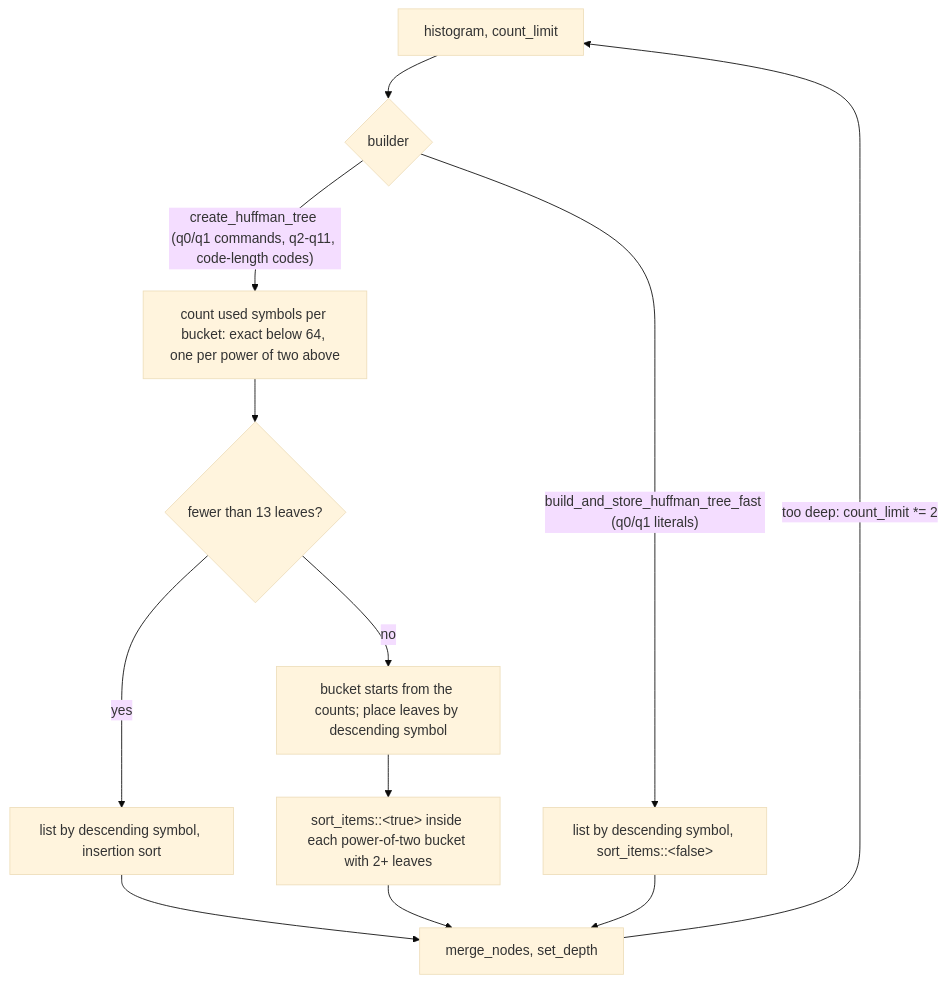
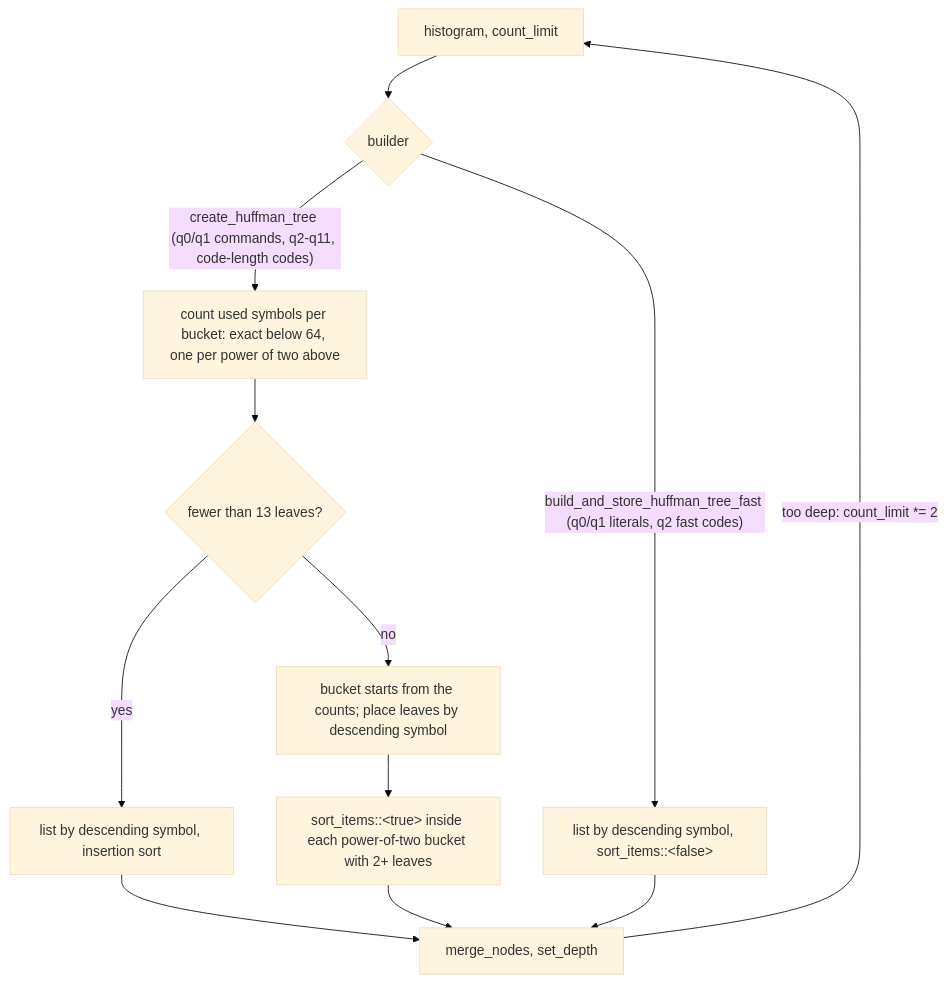
One commit to M-Compressors/mbrotli changed the tenth of 15 diagrams in architecture/fast-encoder.md. Above: the diagram before and after it, drawn with Mermaid (base theme). The commit also changed other lines of this file and 186 other files, not shown here.

````diff
--- a/architecture/fast-encoder.md
+++ b/architecture/fast-encoder.md
@@ -334,14 +349,14 @@
 ```mermaid
 flowchart TD
     H["histogram, count_limit"] --> W{"builder"}
     W -->|"create_huffman_tree (q0/q1 commands, q2-q11, code-length codes)"| C["count used symbols per bucket: exact below 64, one per power of two above"]
     C --> S{"fewer than 13 leaves?"}
     S -->|yes| I["list by descending symbol, insertion sort"]
     S -->|no| P["bucket starts from the counts; place leaves by descending symbol"]
     P --> B["sort_items::&lt;true&gt; inside each power-of-two bucket with 2+ leaves"]
-    W -->|"build_and_store_huffman_tree_fast (q0/q1 literals)"| F["list by descending symbol, sort_items::&lt;false&gt;"]
+    W -->|"build_and_store_huffman_tree_fast (q0/q1 literals, q2 fast codes)"| F["list by descending symbol, sort_items::&lt;false&gt;"]
     I --> M["merge_nodes, set_depth"]
     B --> M
     F --> M
     M -->|"too deep: count_limit *= 2"| H
 ```
````
